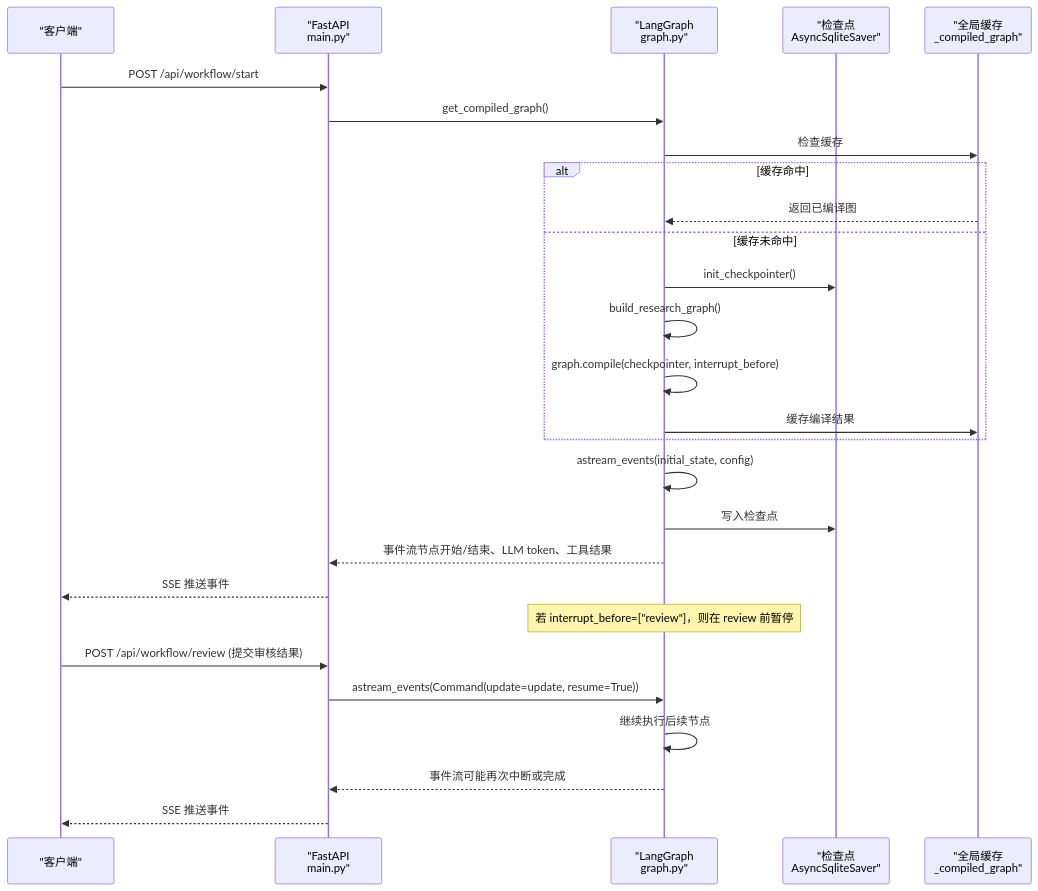
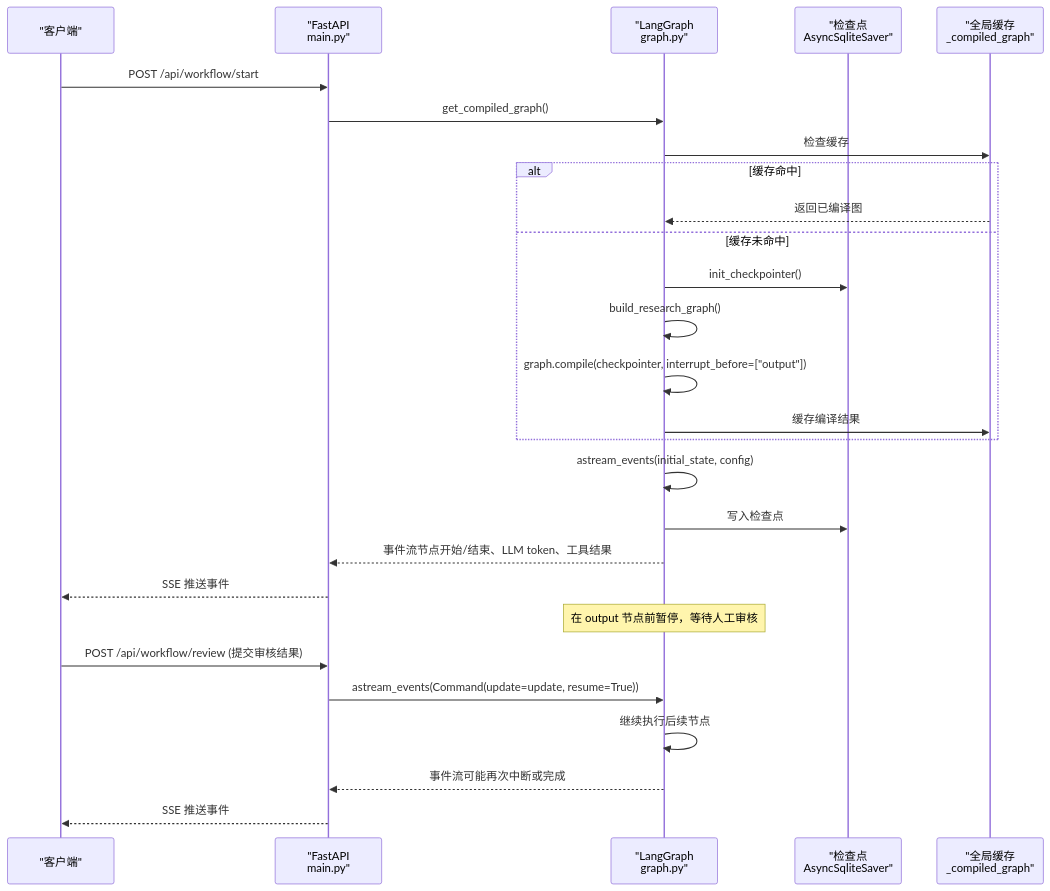
Before and after one commit to sundew26/agent-week3: the second of 4 diagrams in .qoder/repowiki/zh/content/系统架构/后端架构/LangGraph 工作流引擎.md, drawn with Mermaid. The commit also changed other lines of this file and 42 other files, not shown here.

````diff
--- a/.qoder/repowiki/zh/content/系统架构/后端架构/LangGraph 工作流引擎.md
+++ b/.qoder/repowiki/zh/content/系统架构/后端架构/LangGraph 工作流引擎.md
@@ -100,29 +100,29 @@
 ```mermaid
 sequenceDiagram
 participant Client as "客户端"
 participant API as "FastAPI<br/>main.py"
 participant Graph as "LangGraph<br/>graph.py"
 participant Checkpoint as "检查点<br/>AsyncSqliteSaver"
 participant Cache as "全局缓存<br/>_compiled_graph"
 Client->>API : POST /api/workflow/start
 API->>Graph : get_compiled_graph()
 Graph->>Cache : 检查缓存
 alt 缓存命中
 Cache-->>Graph : 返回已编译图
 else 缓存未命中
 Graph->>Checkpoint : init_checkpointer()
 Graph->>Graph : build_research_graph()
-Graph->>Graph : graph.compile(checkpointer, interrupt_before)
+Graph->>Graph : graph.compile(checkpointer, interrupt_before=["output"])
 Graph->>Cache : 缓存编译结果
 end
 Graph->>Graph : astream_events(initial_state, config)
 Graph->>Checkpoint : 写入检查点
 Graph-->>API : 事件流节点开始/结束、LLM token、工具结果
 API-->>Client : SSE 推送事件
-Note over Graph : 若 interrupt_before=["review"]，则在 review 前暂停
+Note over Graph : 在 output 节点前暂停，等待人工审核
 Client->>API : POST /api/workflow/review (提交审核结果)
 API->>Graph : astream_events(Command(update=update, resume=True))
 Graph->>Graph : 继续执行后续节点
 Graph-->>API : 事件流可能再次中断或完成
 API-->>Client : SSE 推送事件
 ```
````
